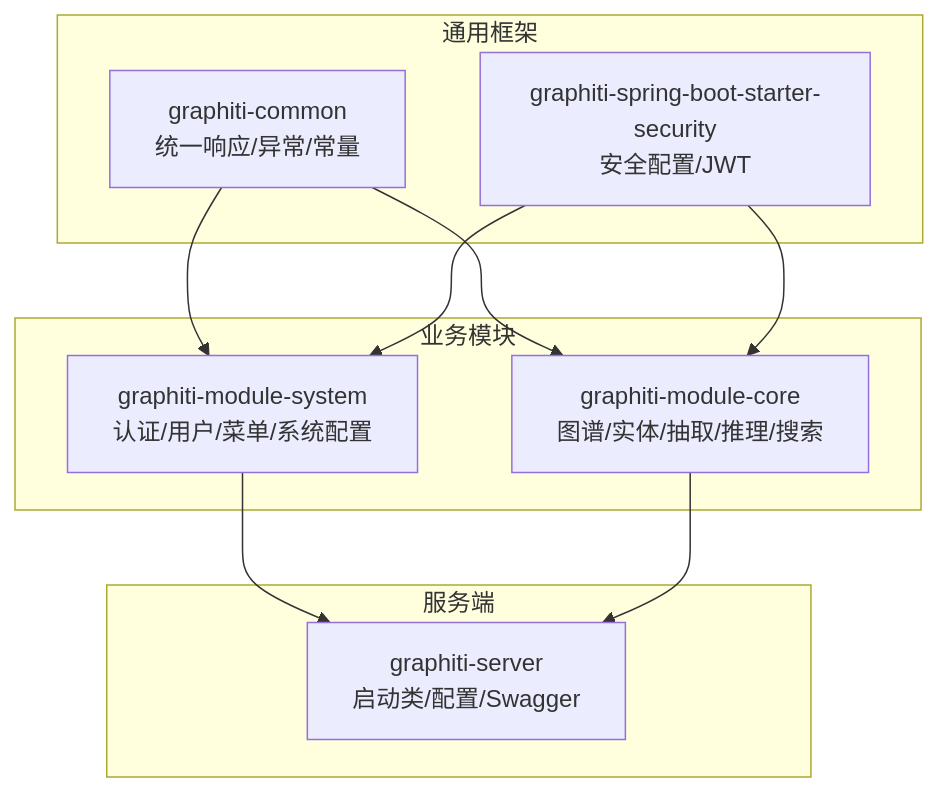
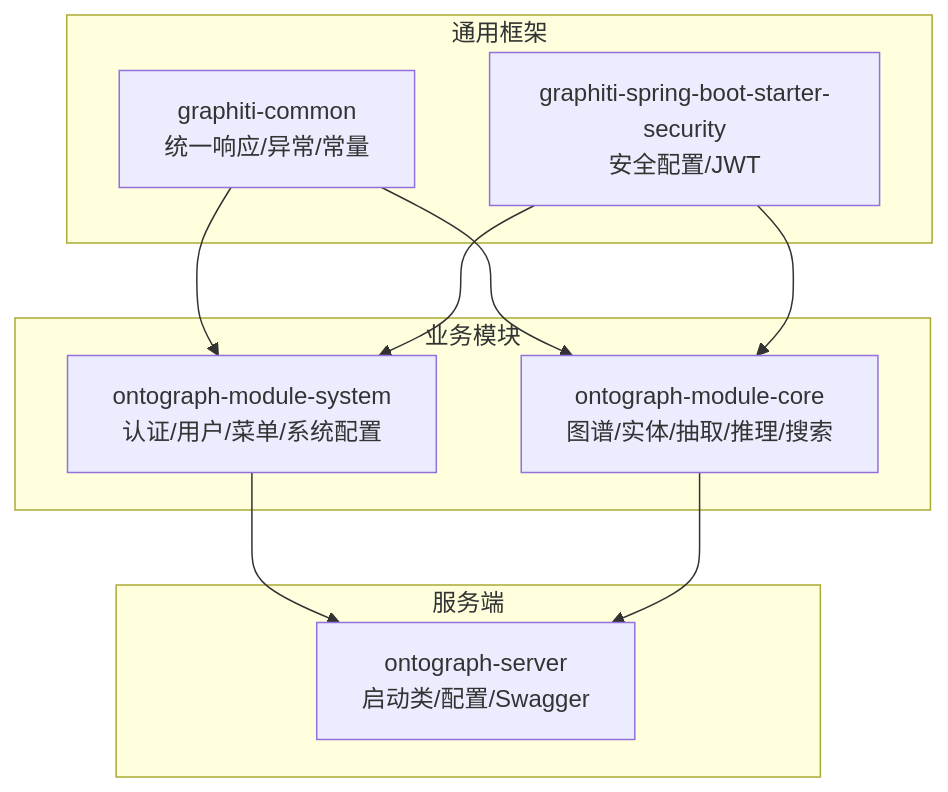
Before and after one commit to joezxh/graphiti-java: the first of 6 diagrams in docs/manual/开发指南/代码规范/后端代码规范.md, drawn with Mermaid. The commit also changed other lines of this file and 200 other files, not shown here.

````diff
--- a/docs/manual/开发指南/代码规范/后端代码规范.md
+++ b/docs/manual/开发指南/代码规范/后端代码规范.md
@@ -41,20 +41,20 @@
 ```mermaid
 graph TB
 subgraph "通用框架"
 COMMON["graphiti-common<br/>统一响应/异常/常量"]
 SEC["graphiti-spring-boot-starter-security<br/>安全配置/JWT"]
 end
 subgraph "业务模块"
-SYS["graphiti-module-system<br/>认证/用户/菜单/系统配置"]
-CORE["graphiti-module-core<br/>图谱/实体/抽取/推理/搜索"]
+SYS["ontograph-module-system<br/>认证/用户/菜单/系统配置"]
+CORE["ontograph-module-core<br/>图谱/实体/抽取/推理/搜索"]
 end
 subgraph "服务端"
-APP["graphiti-server<br/>启动类/配置/Swagger"]
+APP["ontograph-server<br/>启动类/配置/Swagger"]
 end
 COMMON --> SYS
 COMMON --> CORE
 SEC --> SYS
 SEC --> CORE
 SYS --> APP
 CORE --> APP
 ```
````
